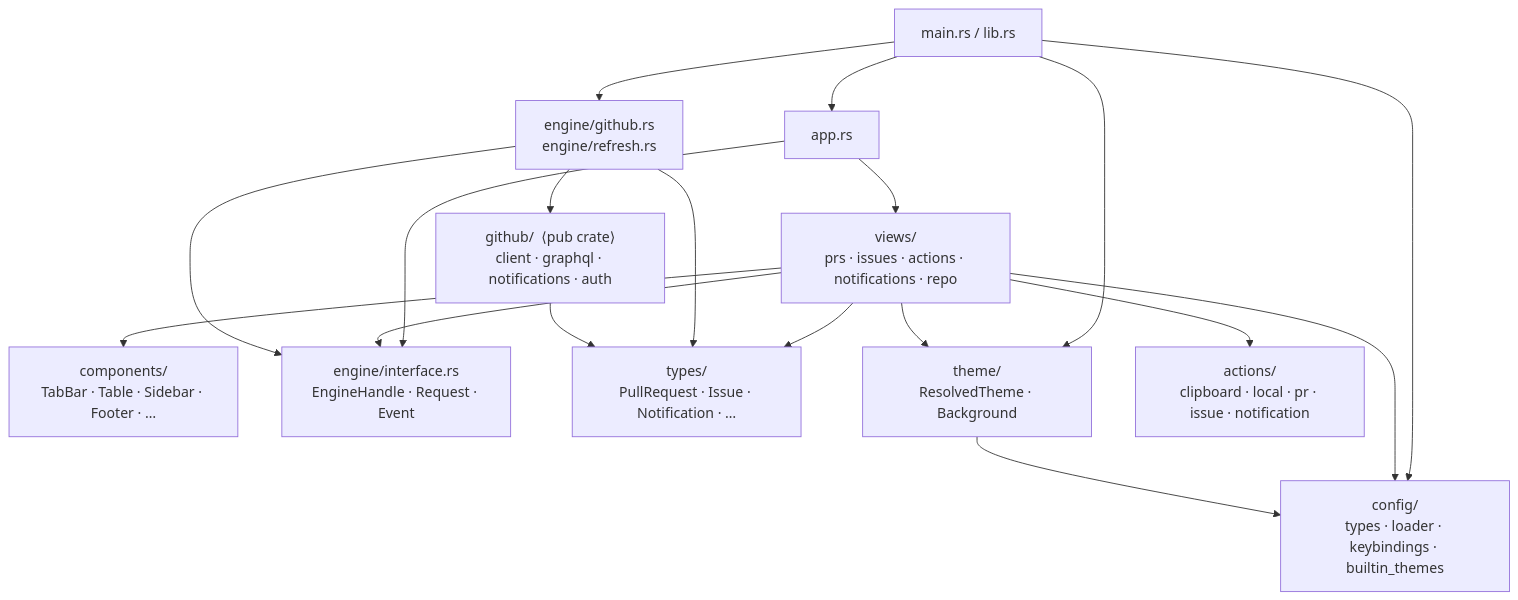
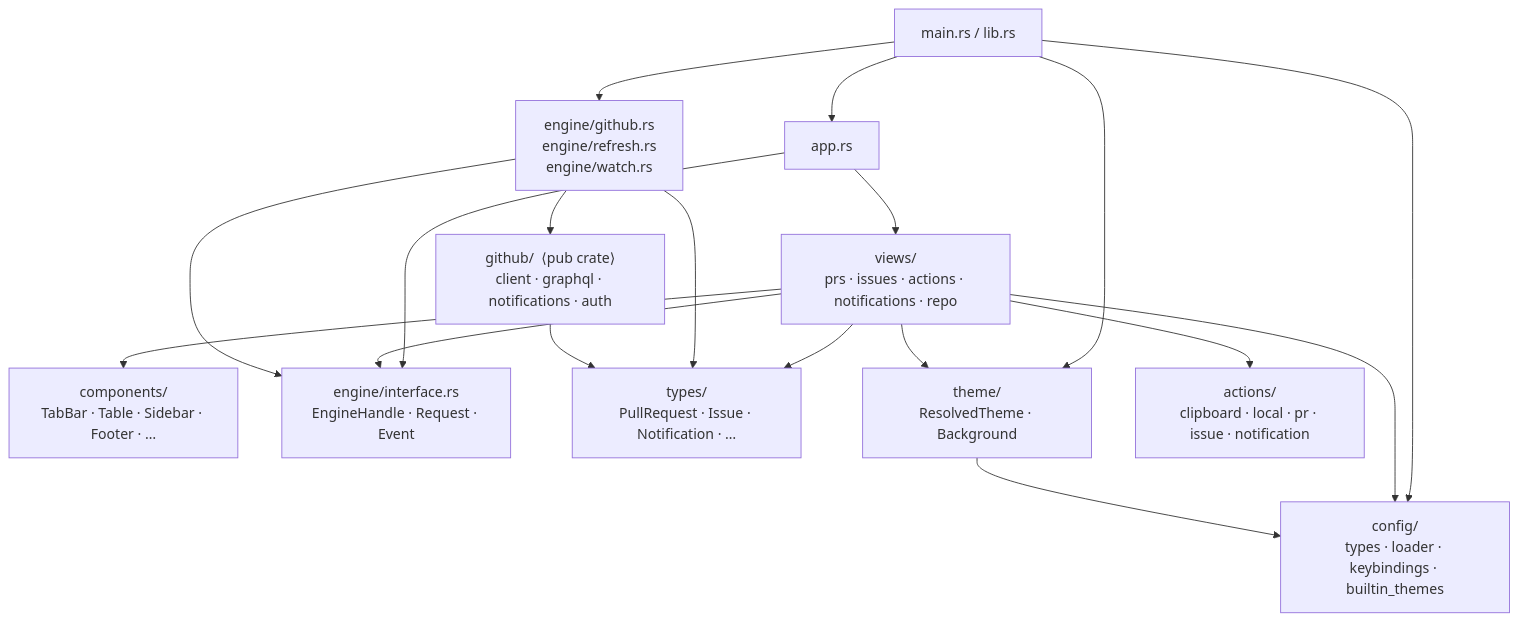
One commit to graelo/gh-board changed the third of 3 diagrams in ARCHITECTURE.md. Above: the diagram before and after it, drawn with Mermaid. The commit also changed other lines of this file and 14 other files, not shown here.

````diff
--- a/ARCHITECTURE.md
+++ b/ARCHITECTURE.md
@@ -83,37 +85,37 @@
 ```mermaid
 graph TD
     main["main.rs / lib.rs"]
     app["app.rs"]
     views["views/\nprs · issues · actions · notifications · repo"]
     components["components/\nTabBar · Table · Sidebar · Footer · …"]
     engine_iface["engine/interface.rs\nEngineHandle · Request · Event"]
-    engine_impl["engine/github.rs\nengine/refresh.rs"]
+    engine_impl["engine/github.rs\nengine/refresh.rs\nengine/watch.rs"]
     github["github/  ⟨pub crate⟩\nclient · graphql · notifications · auth"]
     types["types/\nPullRequest · Issue · Notification · …"]
     config["config/\ntypes · loader · keybindings · builtin_themes"]
     theme["theme/\nResolvedTheme · Background"]
     actions["actions/\nclipboard · local · pr · issue · notification"]
 
     main --> app
     main --> config
     main --> theme
     main --> engine_impl
 
     app --> views
     app --> engine_iface
 
     views --> components
     views --> engine_iface
     views --> types
     views --> config
     views --> theme
     views --> actions
 
     engine_impl --> engine_iface
     engine_impl --> github
     engine_impl --> types
 
     github --> types
 
     theme --> config
 ```
````
